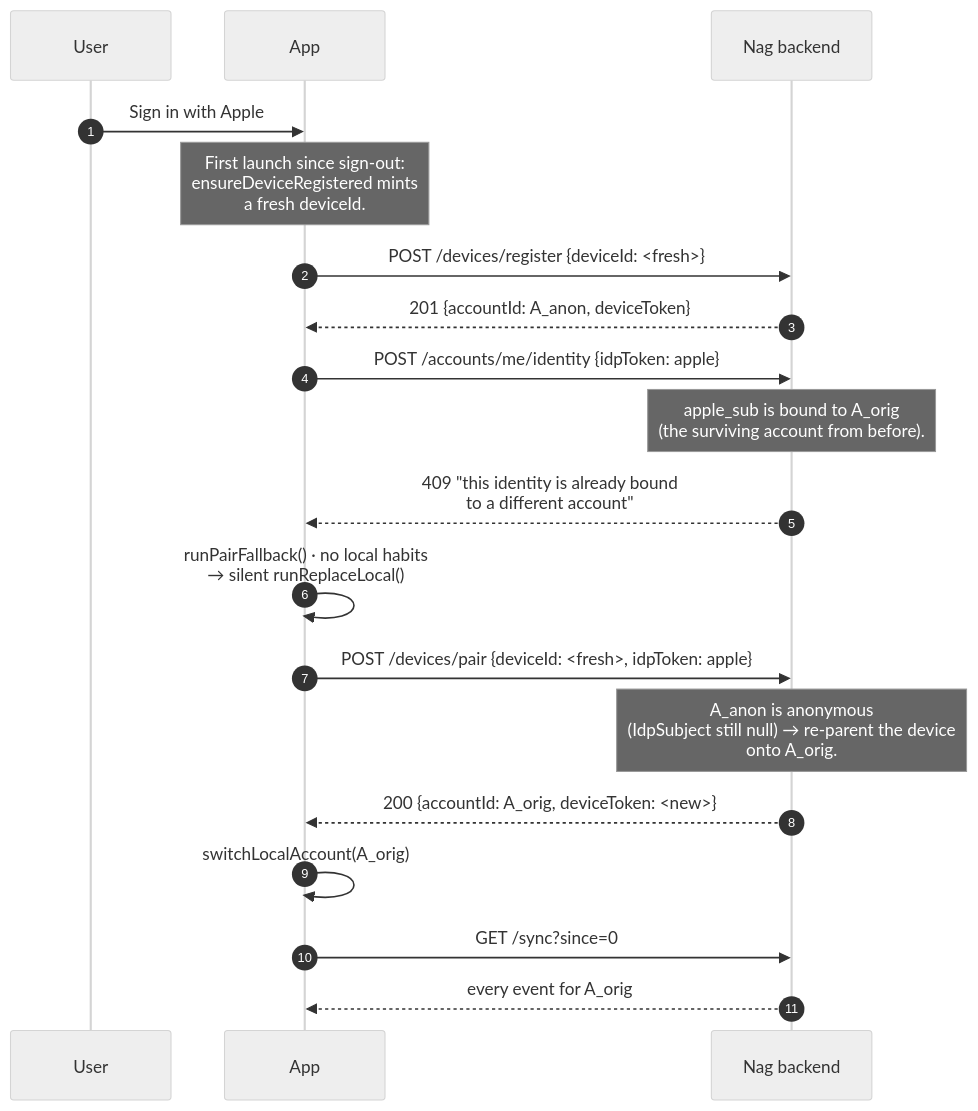
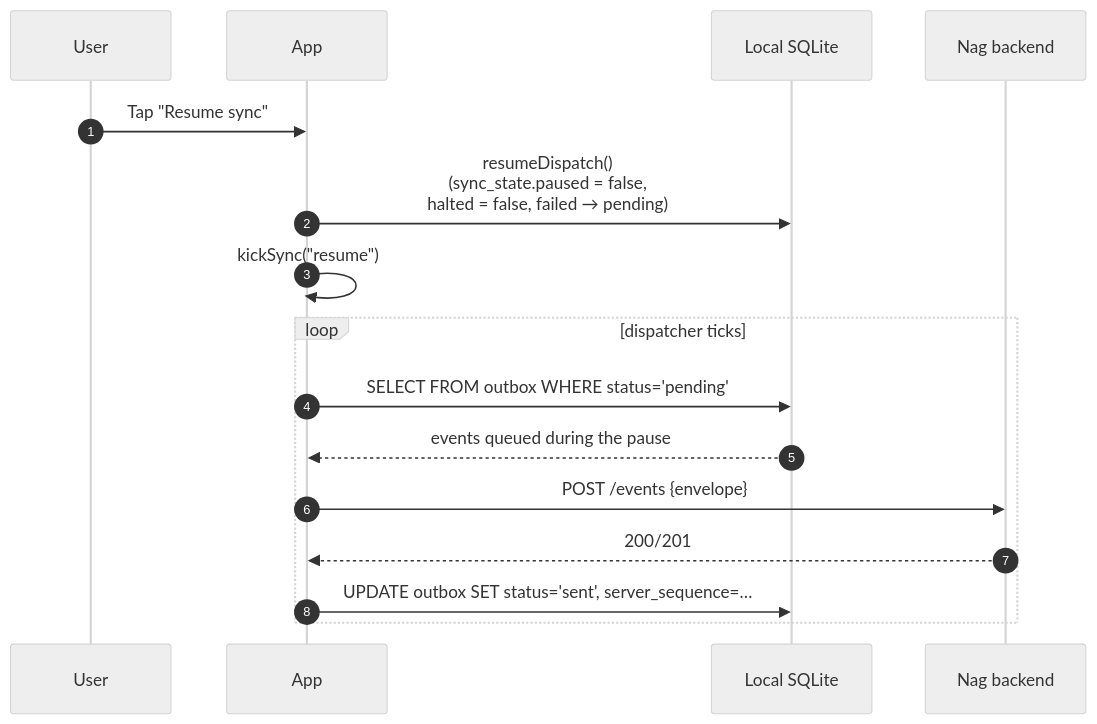
The fifth of 12 diagrams in docs/IdentityAndAuth.md (auctionready/nag), drawn with Mermaid (neutral theme) before and after one commit. The commit also changed other lines of this file and 20 other files, not shown here.

````diff
--- a/docs/IdentityAndAuth.md
+++ b/docs/IdentityAndAuth.md
@@ -499,22 +525,19 @@
 ```mermaid
 sequenceDiagram
     autonumber
     participant U as User
     participant App as App
+    participant Local as Local SQLite
     participant Server as Nag backend
 
-    U->>App: Sign in with Apple
-    Note over App: First launch since sign-out:<br/>ensureDeviceRegistered mints<br/>a fresh deviceId.
-    App->>Server: POST /devices/register {deviceId: <fresh>}
-    Server-->>App: 201 {accountId: A_anon, deviceToken}
-    App->>Server: POST /accounts/me/identity {idpToken: apple}
-    Note over Server: apple_sub is bound to A_orig<br/>(the surviving account from before).
-    Server-->>App: 409 "this identity is already bound<br/>to a different account"
-    App->>App: runPairFallback() · no local habits<br/>→ silent runReplaceLocal()
-    App->>Server: POST /devices/pair {deviceId: <fresh>, idpToken: apple}
-    Note over Server: A_anon is anonymous<br/>(IdpSubject still null) → re-parent the device<br/>onto A_orig.
-    Server-->>App: 200 {accountId: A_orig, deviceToken: <new>}
-    App->>App: switchLocalAccount(A_orig)
-    App->>Server: GET /sync?since=0
-    Server-->>App: every event for A_orig
+    U->>App: Tap "Resume sync"
+    App->>Local: resumeDispatch()<br/>(sync_state.paused = false,<br/>halted = false, failed → pending)
+    App->>App: kickSync("resume")
+    loop dispatcher ticks
+        App->>Local: SELECT FROM outbox WHERE status='pending'
+        Local-->>App: events queued during the pause
+        App->>Server: POST /events {envelope}
+        Server-->>App: 200/201
+        App->>Local: UPDATE outbox SET status='sent', server_sequence=…
+    end
 ```
````
